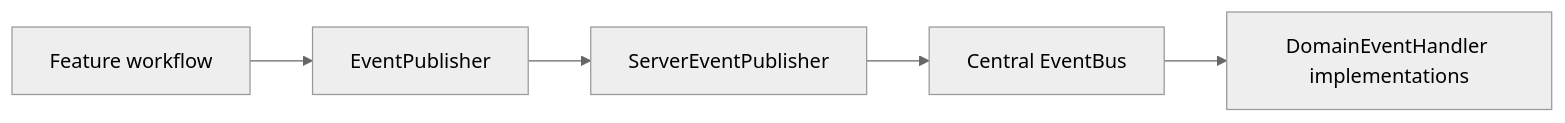
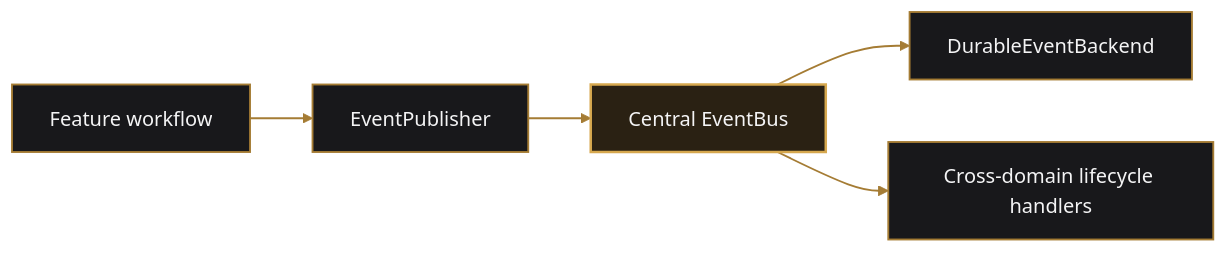
One commit to jschmidt92/crate changed the first of 3 diagrams in docs/events.md. Above: the diagram before and after it, drawn with Mermaid (neutral theme). The commit also changed other lines of this file and 21 other files, not shown here.

````diff
--- a/docs/events.md
+++ b/docs/events.md
@@ -27,7 +28,13 @@
 ```mermaid
 flowchart LR
-    Workflow[Feature workflow] --> Publisher[EventPublisher]
-    Publisher --> Server[ServerEventPublisher]
-    Server --> Bus[Central EventBus]
-    Bus --> Handler[DomainEventHandler implementations]
+    Feature[Feature workflow] --> Publisher[EventPublisher]
+    Publisher --> Bus[Central EventBus]
+    Bus --> Durable[DurableEventBackend]
+    Bus --> Lifecycle[Cross-domain lifecycle handlers]
+
+    classDef step fill:#18181b,stroke:#a57c34,color:#f4f4f5,stroke-width:1.5px
+    classDef backbone fill:#2a2113,stroke:#d6a84f,color:#f4f4f5,stroke-width:2px
+    class Feature,Publisher,Durable,Lifecycle step
+    class Bus backbone
+    linkStyle default stroke:#a57c34,stroke-width:1.5px
 ```
````
